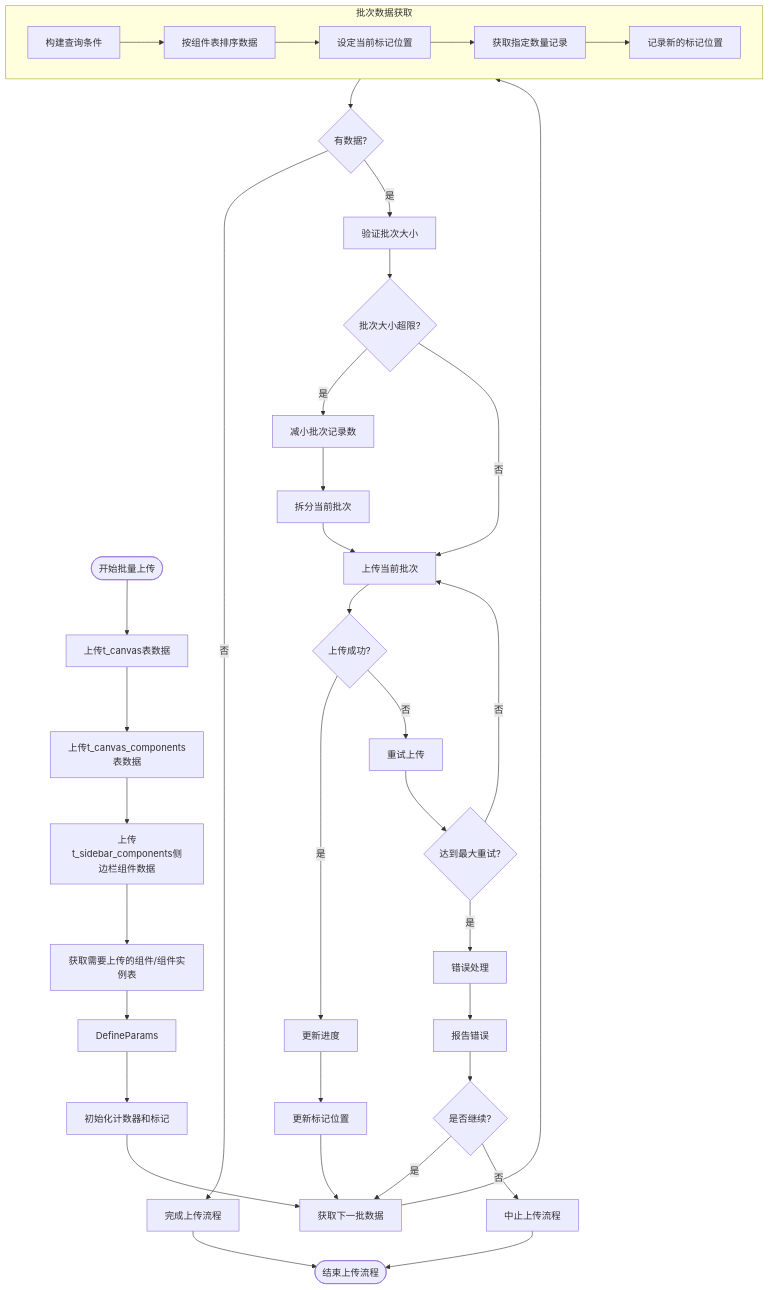
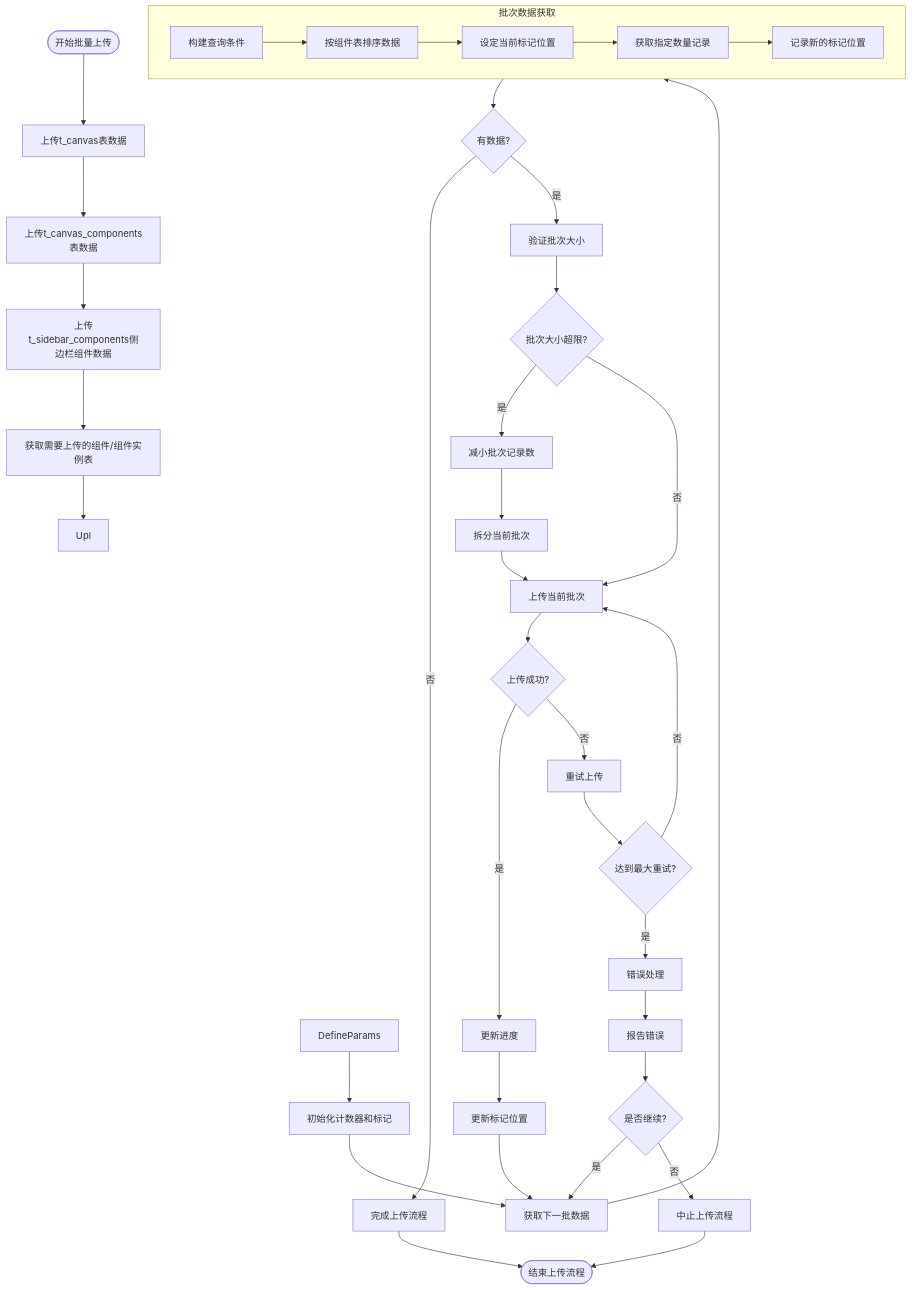
Before and after one commit to yingjianzh/iodraw-files: the diagram in all/未命名-51.md, drawn with Mermaid.

Commit message:
2025-05-08 17:25:43 update

````diff
--- a/all/未命名-51.md
+++ b/all/未命名-51.md
@@ -1,52 +1,52 @@
 ```mermaid
 flowchart TD
     Start([开始批量上传]) --> UploadSpaceData[上传t_canvas表数据]
     UploadSpaceData --> UploadComponentListData[上传t_canvas_components表数据]
     UploadComponentListData --> UploadSiderComponent[上传t_sidebar_components侧边栏组件数据]
     
     UploadSiderComponent --> UploadData[获取需要上传的组件/组件实例表]
 
-    UploadData --> 
+    UploadData --> Upl
     DefineParams --> InitCounters[初始化计数器和标记]
     
     InitCounters --> FetchNextBatch[获取下一批数据]
     
     subgraph BatchFetch [批次数据获取]
         A[构建查询条件] --> B[按组件表排序数据]
         B --> C[设定当前标记位置]
         C --> D[获取指定数量记录]
         D --> E[记录新的标记位置]
     end
     
     FetchNextBatch --> BatchFetch
     
     BatchFetch --> CheckResults{有数据?}
     CheckResults -->|否| CompleteUpload[完成上传流程]
     CheckResults -->|是| ValidateBatch[验证批次大小]
     
     ValidateBatch --> SizeTooLarge{批次大小超限?}
     SizeTooLarge -->|是| AdjustBatchSize[减小批次记录数]
     SizeTooLarge -->|否| UploadBatch[上传当前批次]
     
     AdjustBatchSize --> SplitBatch[拆分当前批次]
     SplitBatch --> UploadBatch
     
     UploadBatch --> UploadSuccess{上传成功?}
     UploadSuccess -->|是| UpdateProgress[更新进度]
     UploadSuccess -->|否| RetryUpload[重试上传]
     
     RetryUpload --> MaxRetries{达到最大重试?}
     MaxRetries -->|否| UploadBatch
     MaxRetries -->|是| ErrorHandling[错误处理]
     
     ErrorHandling --> ReportError[报告错误]
     ReportError --> ContinueOption{是否继续?}
     ContinueOption -->|是| FetchNextBatch
     ContinueOption -->|否| AbortProcess[中止上传流程]
     
     UpdateProgress --> UpdateMarker[更新标记位置]
     UpdateMarker --> FetchNextBatch
     
     CompleteUpload --> End([结束上传流程])
     AbortProcess --> End
 ```
````
